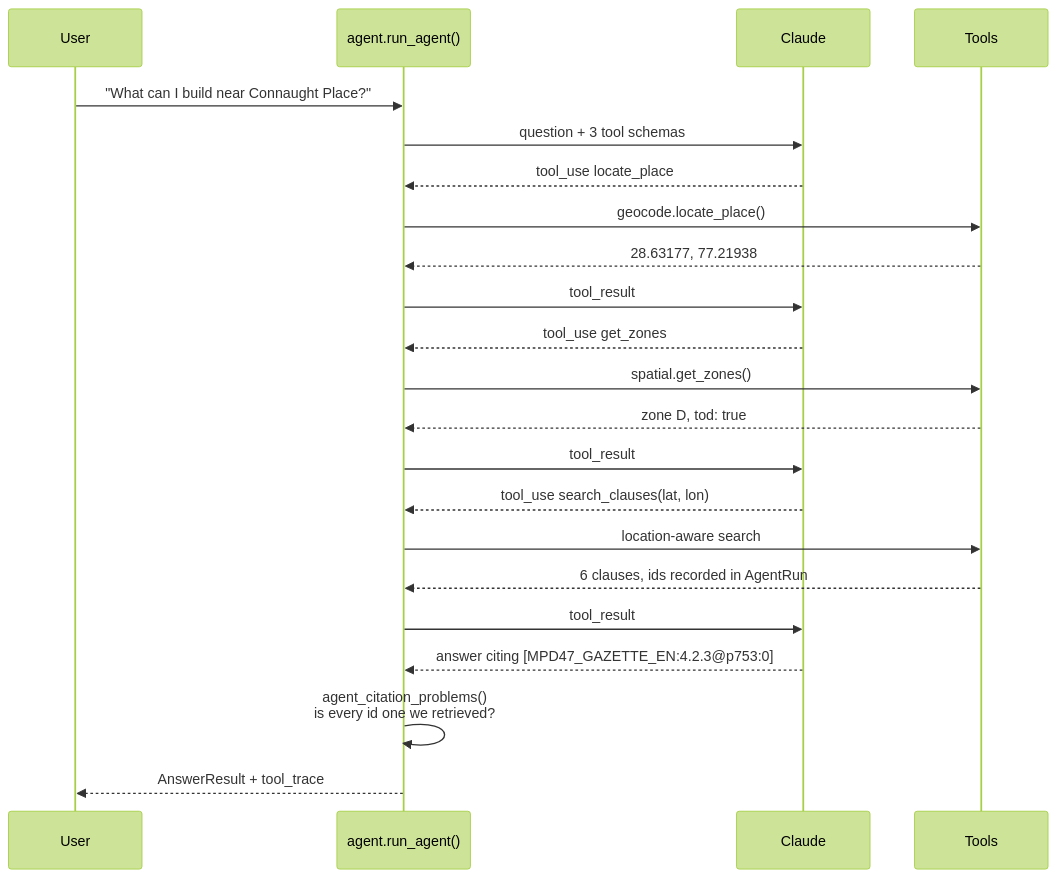
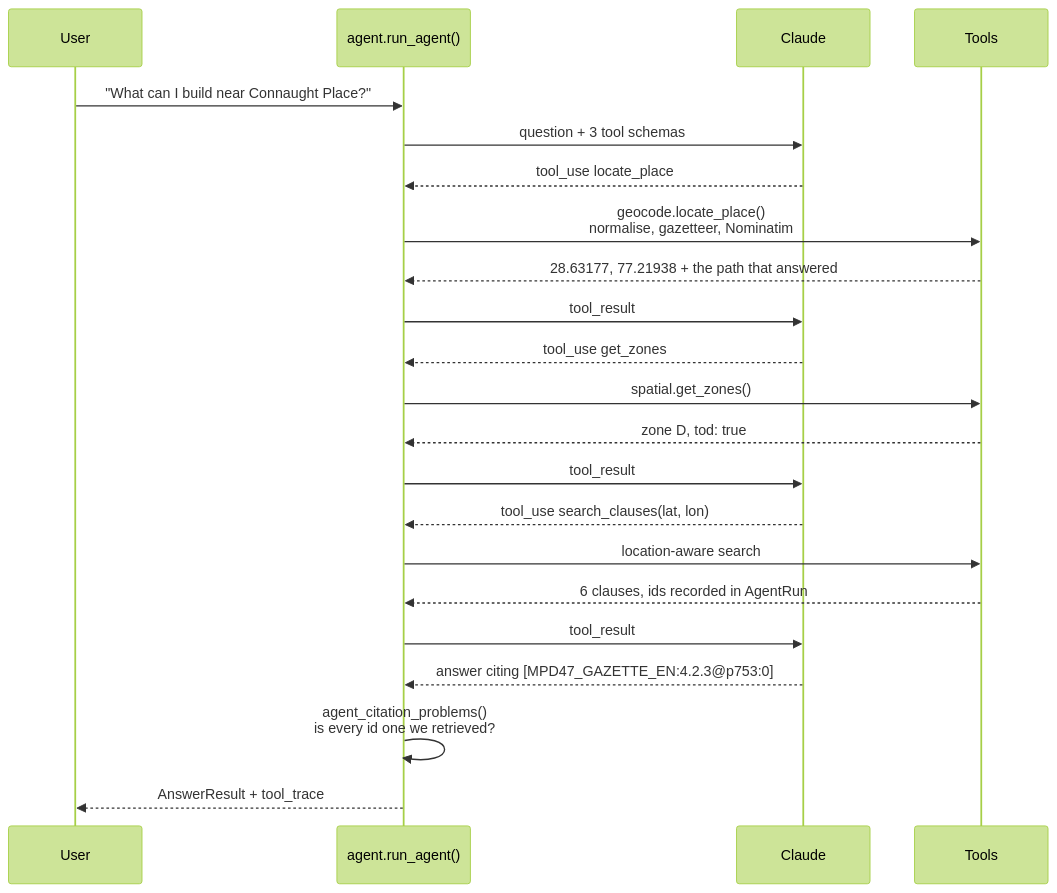
Before and after one commit to dhruv-ship-it/delhi-plan-rag: the fifth of 7 diagrams in docs/ARCHITECTURE.md, drawn with Mermaid (forest theme). The commit also changed other lines of this file and 5 other files, not shown here.

First line of the commit message:
night3-stage8: README, architecture, the v3 query report and the run report

````diff
--- a/docs/ARCHITECTURE.md
+++ b/docs/ARCHITECTURE.md
@@ -174,25 +271,25 @@
 ```mermaid
 sequenceDiagram
     participant U as User
     participant A as agent.run_agent()
     participant M as Claude
     participant T as Tools
 
     U->>A: "What can I build near Connaught Place?"
     A->>M: question + 3 tool schemas
     M-->>A: tool_use locate_place
-    A->>T: geocode.locate_place()
-    T-->>A: 28.63177, 77.21938
+    A->>T: geocode.locate_place()<br/>normalise, gazetteer, Nominatim
+    T-->>A: 28.63177, 77.21938 + the path that answered
     A->>M: tool_result
     M-->>A: tool_use get_zones
     A->>T: spatial.get_zones()
     T-->>A: zone D, tod: true
     A->>M: tool_result
     M-->>A: tool_use search_clauses(lat, lon)
     A->>T: location-aware search
     T-->>A: 6 clauses, ids recorded in AgentRun
     A->>M: tool_result
     M-->>A: answer citing [MPD47_GAZETTE_EN:4.2.3@p753:0]
     A->>A: agent_citation_problems()<br/>is every id one we retrieved?
     A-->>U: AnswerResult + tool_trace
 ```
````
